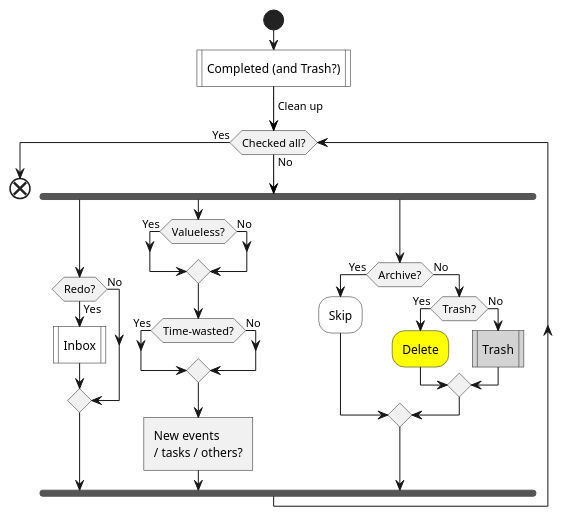
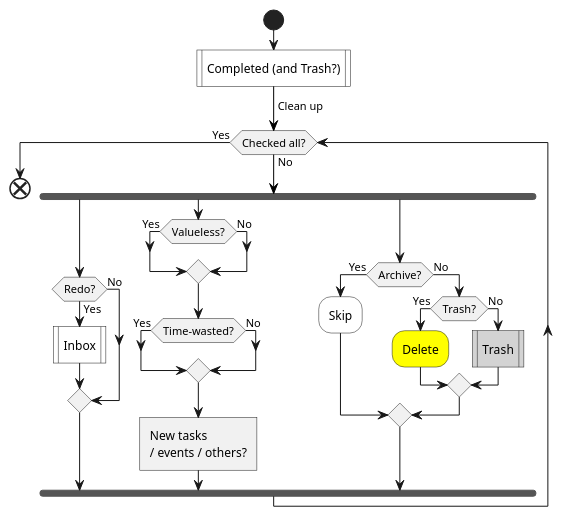
The sixth of 6 diagrams in lifelogs/rehabilitation.md (IceHe/icehe-lib), drawn with PlantUML before and after one commit. The commit also changed other lines of this file, not shown here.

````diff
--- a/lifelogs/rehabilitation.md
+++ b/lifelogs/rehabilitation.md
@@ -362,36 +362,36 @@
 ```plantuml
 @startuml
 start
 #white:Completed (and Trash?)|
 -[#black]-> Clean up;
 while (Checked all?) is (No)
     fork
         if (Redo?) then (Yes)
             #white:Inbox|
             '#white:Redo;
             '#lightGray:Task|
         else (No)
         endif
     fork again
         if (Valueless?) then (Yes)
         else (No)
         endif
         if (Time-wasted?) then (Yes)
         else (No)
         endif
-        :New events \n/ tasks / others?]
+        :New tasks \n/ events / others?]
     fork again
         if (Archive?) then (Yes)
             #white:Skip;
         else (No)
             if (Trash?) then (Yes)
                 #yellow:Delete;
             else (No)
                 #lightGray:Trash|
             endif
         endif
     end fork
 endwhile (Yes)
 end
 @enduml
 ```
````
